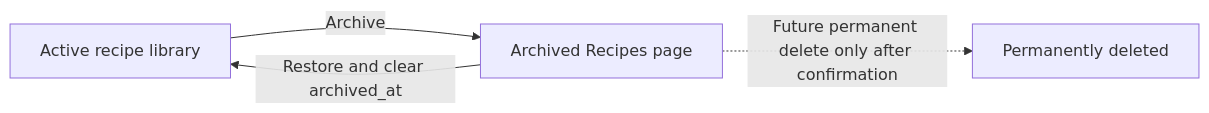
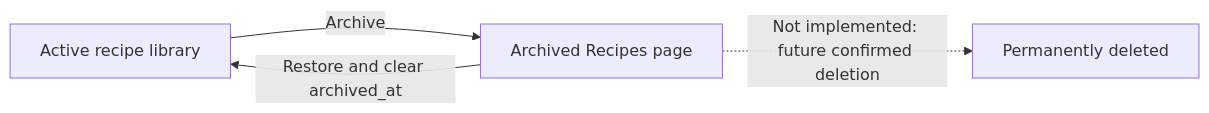
Before and after one commit to zzdlklzz/pocket-plates: the third of 4 diagrams in docs/ARCHITECTURE.md, drawn with Mermaid. The commit also changed other lines of this file and 18 other files, not shown here.

````diff
--- a/docs/ARCHITECTURE.md
+++ b/docs/ARCHITECTURE.md
@@ -270,6 +275,6 @@
 ```mermaid
 flowchart LR
     active["Active recipe library"] -->|Archive| archived["Archived Recipes page"]
     archived -->|Restore and clear archived_at| active
-    archived -.->|Future permanent delete only after confirmation| deleted["Permanently deleted"]
+    archived -.->|Not implemented: future confirmed deletion| deleted["Permanently deleted"]
 ```
````
